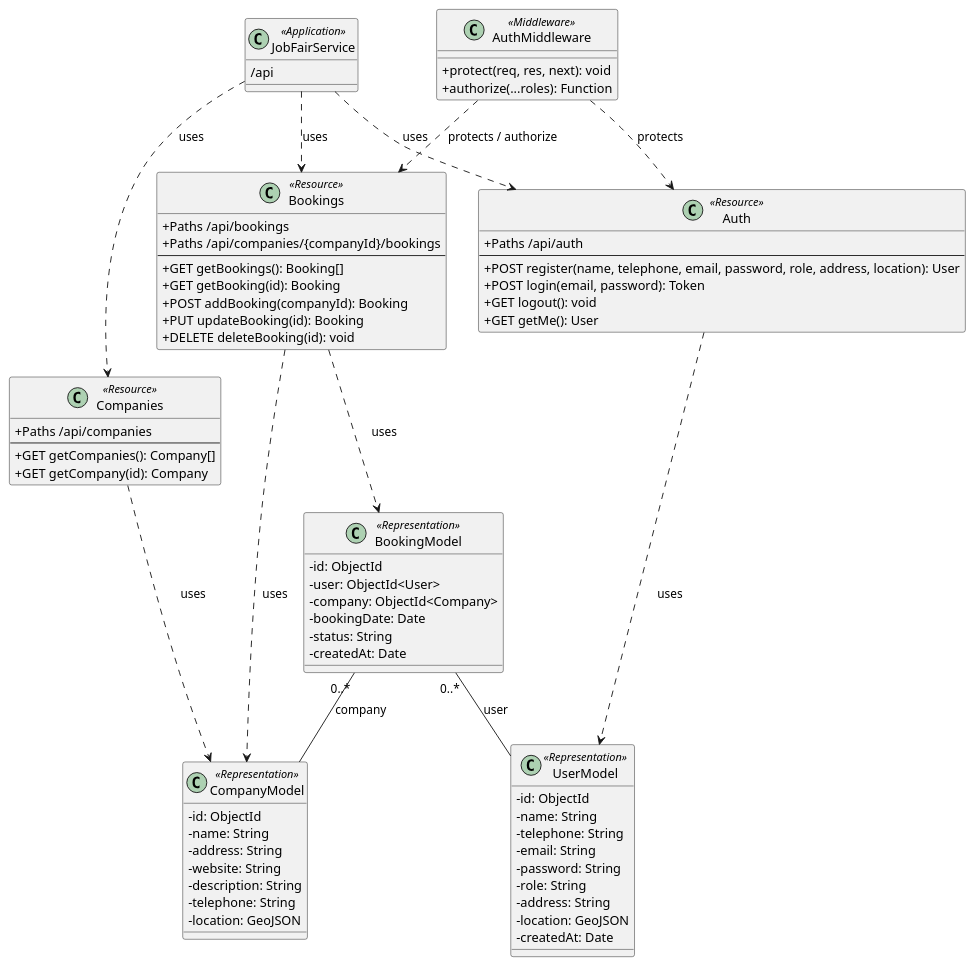
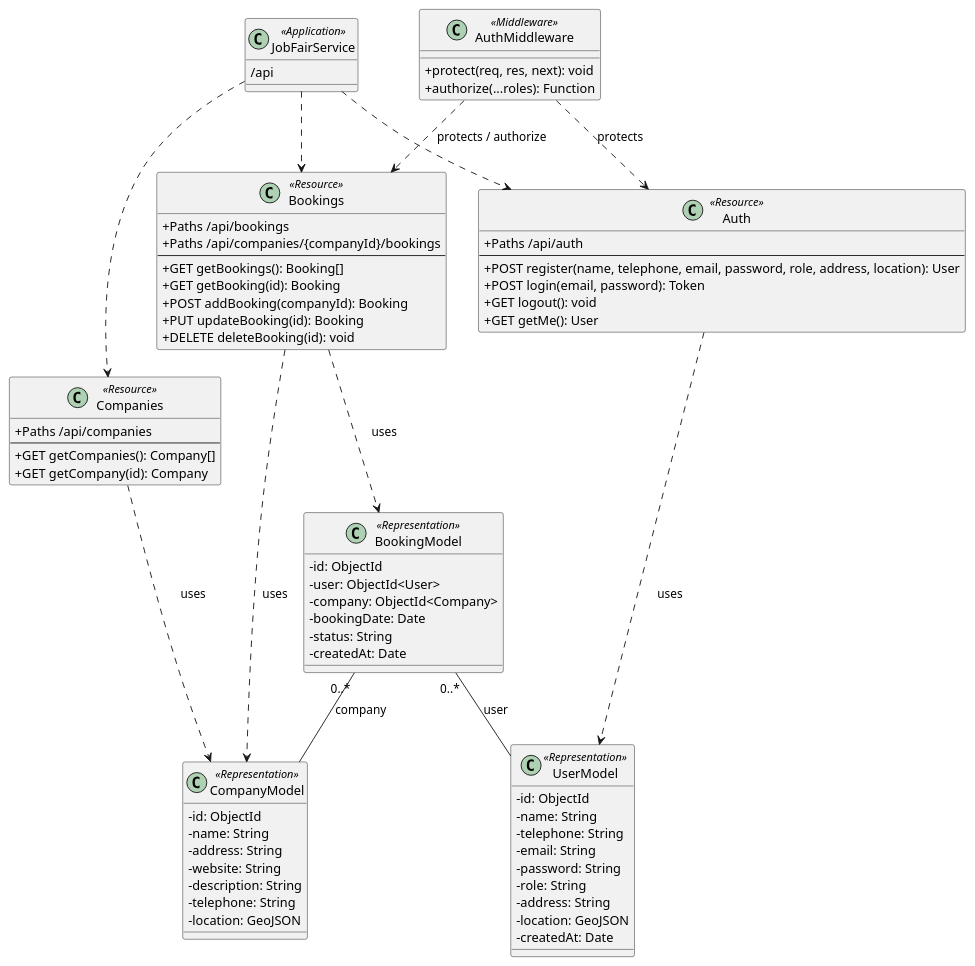
One commit to 098ff/ArtmaybeDEV changed the diagram in docs/diagram/class.puml. Above: the diagram before and after it, drawn with PlantUML.

Commit message:
fix: wording in class diagram

```diff
--- a/docs/diagram/class.puml
+++ b/docs/diagram/class.puml
@@ -1,87 +1,87 @@
 @startuml
 skinparam classAttributeIconSize 0
 
 class "JobFairService" as App <<Application>> {
   /api
 }
 
 class "Auth" as AuthResource <<Resource>> {
   +Paths /api/auth
   --
   +POST register(name, telephone, email, password, role, address, location): User
   +POST login(email, password): Token
   +GET logout(): void
   +GET getMe(): User
 }
 
 class "Bookings" as BookingResource <<Resource>> {
   +Paths /api/bookings
   +Paths /api/companies/{companyId}/bookings
   --
   +GET getBookings(): Booking[]
   +GET getBooking(id): Booking
   +POST addBooking(companyId): Booking
   +PUT updateBooking(id): Booking
   +DELETE deleteBooking(id): void
 }
 
 class "Companies" as CompanyResource <<Resource>> {
   +Paths /api/companies
   --
   +GET getCompanies(): Company[]
   +GET getCompany(id): Company
 }
 
 class "UserModel" as UserRep <<Representation>> {
   - id: ObjectId
   - name: String
   - telephone: String
   - email: String
   - password: String
   - role: String
   - address: String
   - location: GeoJSON
   - createdAt: Date
 }
 
 class "CompanyModel" as CompanyRep <<Representation>> {
   - id: ObjectId
   - name: String
   - address: String
   - website: String
   - description: String
   - telephone: String
   - location: GeoJSON
 }
 
 class "BookingModel" as BookingRep <<Representation>> {
   - id: ObjectId
   - user: ObjectId<User>
   - company: ObjectId<Company>
   - bookingDate: Date
   - status: String
   - createdAt: Date
 }
 
 
 class "AuthMiddleware" as AuthMW <<Middleware>> {
   +protect(req, res, next): void
   +authorize(...roles): Function
 }
 
-App ..> AuthResource    : uses
-App ..> BookingResource : uses
-App ..> CompanyResource : uses
+App ..> AuthResource   
+App ..> BookingResource 
+App ..> CompanyResource 
 
 AuthResource    ..> UserRep    : uses
 BookingResource ..> BookingRep : uses
 BookingResource ..> CompanyRep : uses
 CompanyResource ..> CompanyRep : uses
 
 AuthMW ..> AuthResource    : protects
 AuthMW ..> BookingResource : protects / authorize
 
 BookingRep "0..*" -down- UserRep    : user
 BookingRep "0..*" -down- CompanyRep : company
 
 @enduml
```
